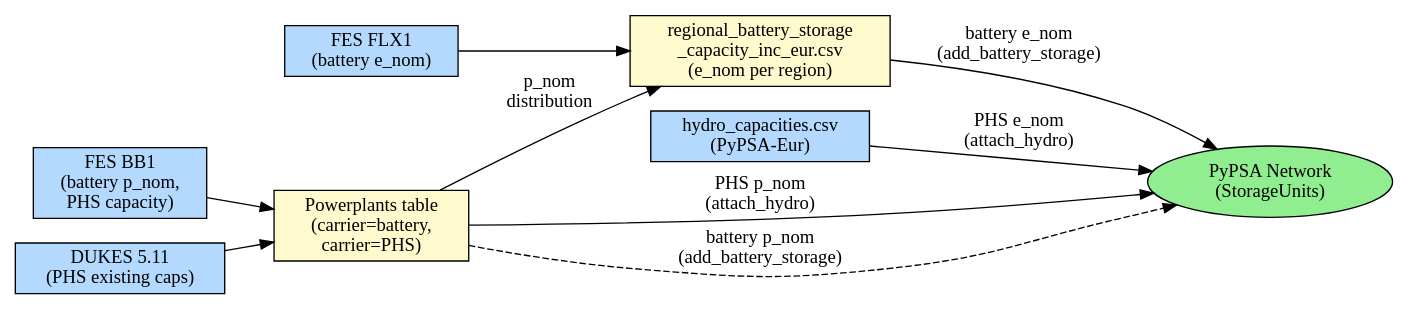
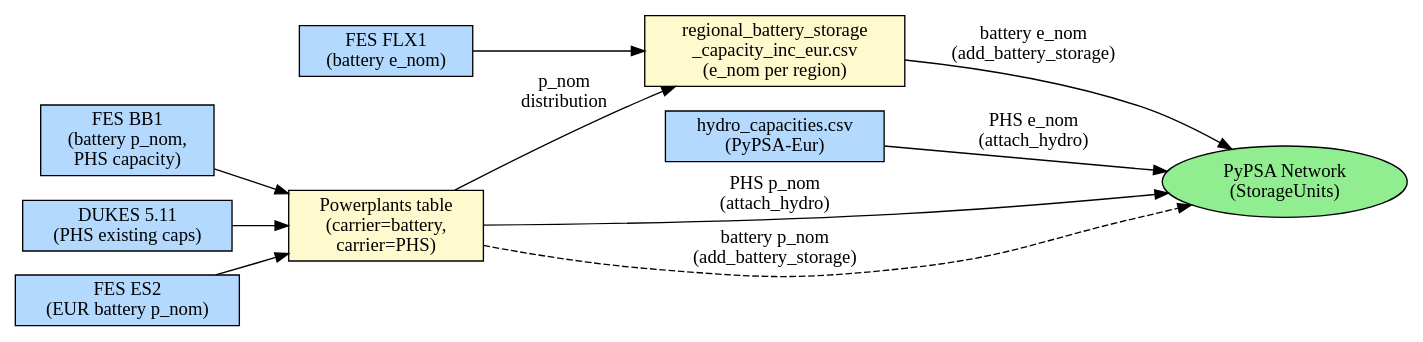
One commit to open-energy-transition/gb-dispatch-model changed the diagram in doc/gb-model/storage.rst. Above: the diagram before and after it, drawn with Graphviz. The commit also changed other lines of this file and 1 other file, not shown here.

```diff
--- a/doc/gb-model/storage.rst
+++ b/doc/gb-model/storage.rst
@@ -33,25 +34,27 @@
 .. graphviz::
 
    digraph {
       rankdir=LR;
       node [shape=box, style=filled];
 
       fes_flx1   [label="FES FLX1\n(battery e_nom)", fillcolor="#B3D9FF"];
       fes_bb1    [label="FES BB1\n(battery p_nom,\nPHS capacity)", fillcolor="#B3D9FF"];
       dukes      [label="DUKES 5.11\n(PHS existing caps)", fillcolor="#B3D9FF"];
+      es2        [label="FES ES2\n(EUR battery p_nom)", fillcolor="#B3D9FF"];
       hydro_cap  [label="hydro_capacities.csv\n(PyPSA-Eur)", fillcolor="#B3D9FF"];
 
       ppl         [label="Powerplants table\n(carrier=battery,\ncarrier=PHS)", fillcolor="#FFFACD"];
       battery_csv [label="regional_battery_storage\n_capacity_inc_eur.csv\n(e_nom per region)", fillcolor="#FFFACD"];
 
       network [label="PyPSA Network\n(StorageUnits)", fillcolor="#90EE90", shape=ellipse];
 
       fes_bb1   -> ppl;
       dukes     -> ppl;
+      es2       -> ppl;
       fes_flx1  -> battery_csv;
       ppl       -> battery_csv [label="p_nom\ndistribution"];
       ppl       -> network     [label="PHS p_nom\n(attach_hydro)"];
       battery_csv -> network   [label="battery e_nom\n(add_battery_storage)"];
       ppl       -> network     [label="battery p_nom\n(add_battery_storage)", style=dashed];
       hydro_cap -> network     [label="PHS e_nom\n(attach_hydro)"];
    }
```
